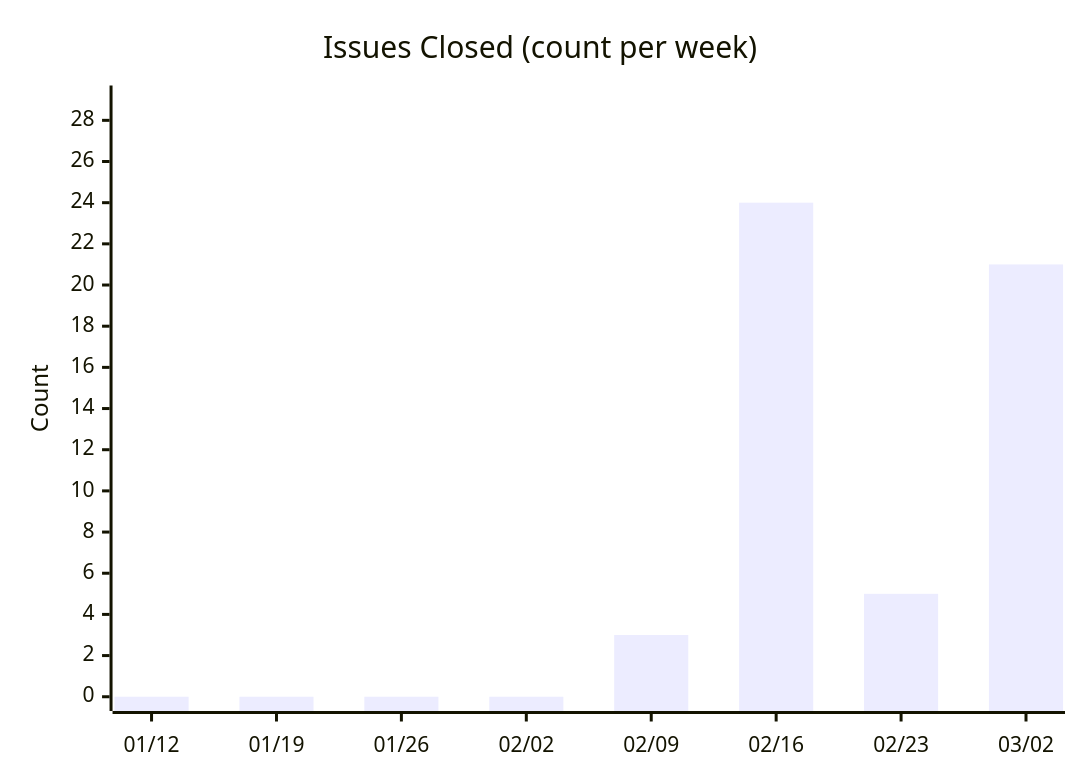
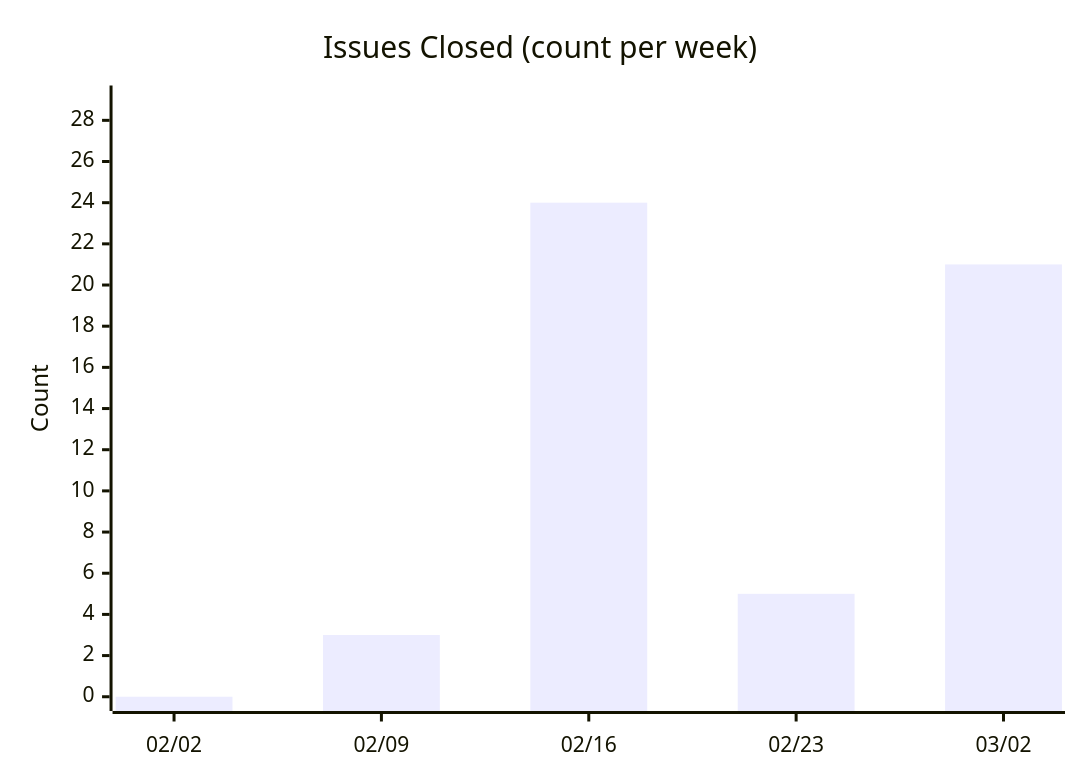
One commit to nablarch/nabledge-dev changed the sixth of 13 diagrams in docs/metrics.md. Above: the diagram before and after it, drawn with Mermaid. The commit also changed other lines of this file and 2 other files, not shown here.

First line of the commit message:
feat: simplify DORA scorecard table and start charts from first commit

````diff
--- a/docs/metrics.md
+++ b/docs/metrics.md
@@ -73,7 +74,7 @@
 ```mermaid
 xychart-beta
   title "Issues Closed (count per week)"
-  x-axis ["01/12", "01/19", "01/26", "02/02", "02/09", "02/16", "02/23", "03/02"]
+  x-axis ["02/02", "02/09", "02/16", "02/23", "03/02"]
   y-axis "Count" 0 --> 29
-  bar [0, 0, 0, 0, 3, 24, 5, 21]
+  bar [0, 3, 24, 5, 21]
 ```
````
